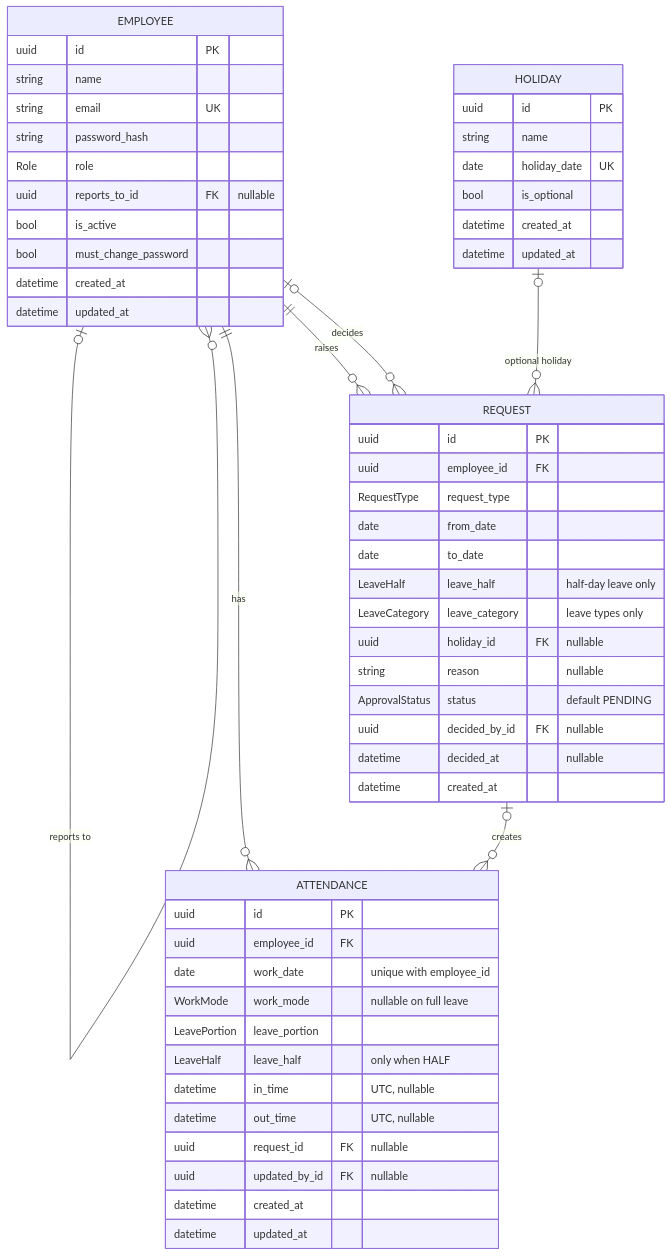
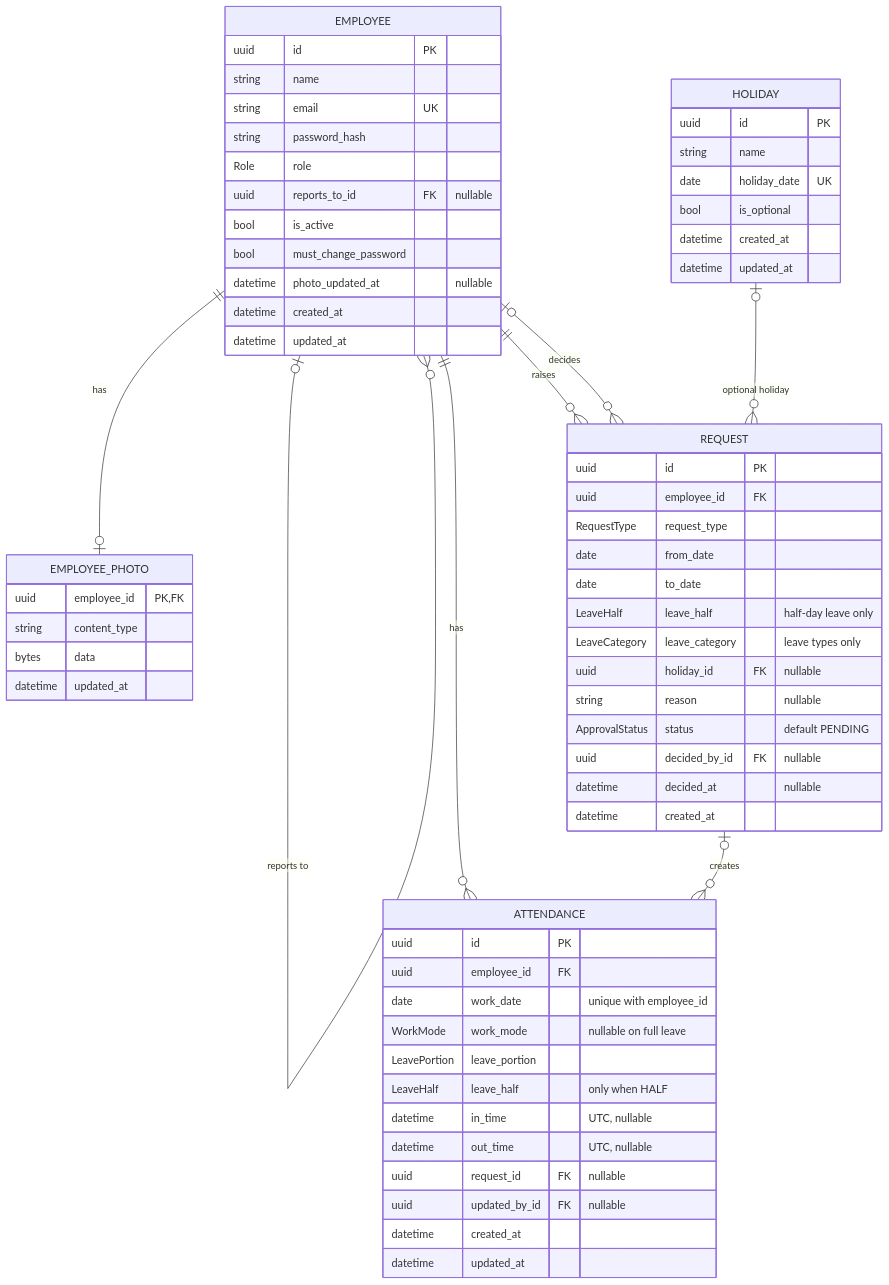
One commit to satyam372/attendance-app changed the diagram in docs/schema.md. Above: the diagram before and after it, drawn with Mermaid. The commit also changed other lines of this file and 12 other files, not shown here.

````diff
--- a/docs/schema.md
+++ b/docs/schema.md
@@ -7,59 +7,67 @@
 ```mermaid
 erDiagram
   EMPLOYEE |o--o{ EMPLOYEE : "reports to"
+  EMPLOYEE ||--o| EMPLOYEE_PHOTO : "has"
   EMPLOYEE ||--o{ ATTENDANCE : "has"
   EMPLOYEE ||--o{ REQUEST : "raises"
   EMPLOYEE |o--o{ REQUEST : "decides"
   REQUEST |o--o{ ATTENDANCE : "creates"
   HOLIDAY |o--o{ REQUEST : "optional holiday"
 
   EMPLOYEE {
     uuid id PK
     string name
     string email UK
     string password_hash
     Role role
     uuid reports_to_id FK "nullable"
     bool is_active
     bool must_change_password
+    datetime photo_updated_at "nullable"
     datetime created_at
+    datetime updated_at
+  }
+  EMPLOYEE_PHOTO {
+    uuid employee_id PK, FK
+    string content_type
+    bytes data
     datetime updated_at
   }
   ATTENDANCE {
     uuid id PK
     uuid employee_id FK
     date work_date "unique with employee_id"
     WorkMode work_mode "nullable on full leave"
     LeavePortion leave_portion
     LeaveHalf leave_half "only when HALF"
     datetime in_time "UTC, nullable"
     datetime out_time "UTC, nullable"
     uuid request_id FK "nullable"
     uuid updated_by_id FK "nullable"
     datetime created_at
     datetime updated_at
   }
   REQUEST {
     uuid id PK
     uuid employee_id FK
     RequestType request_type
     date from_date
     date to_date
     LeaveHalf leave_half "half-day leave only"
     LeaveCategory leave_category "leave types only"
     uuid holiday_id FK "nullable"
     string reason "nullable"
     ApprovalStatus status "default PENDING"
     uuid decided_by_id FK "nullable"
     datetime decided_at "nullable"
     datetime created_at
   }
   HOLIDAY {
     uuid id PK
     string name
     date holiday_date UK
     bool is_optional
     datetime created_at
     datetime updated_at
   }
 ```
````
